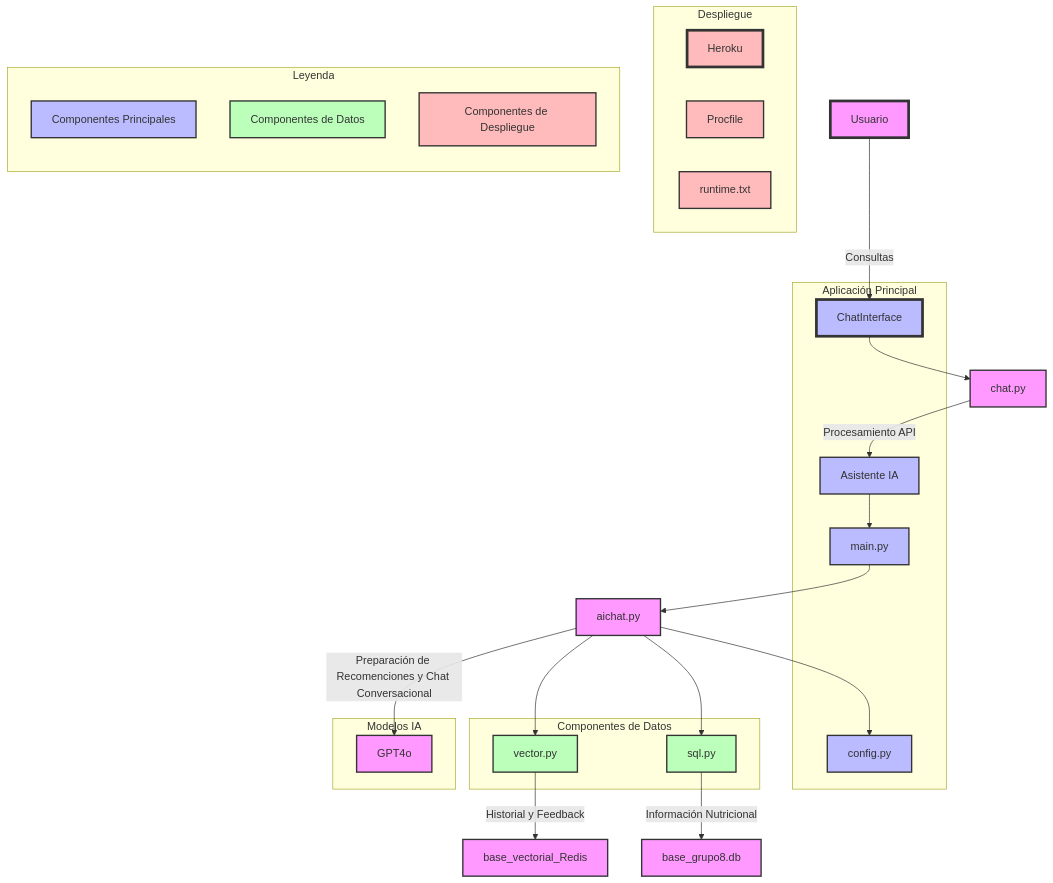
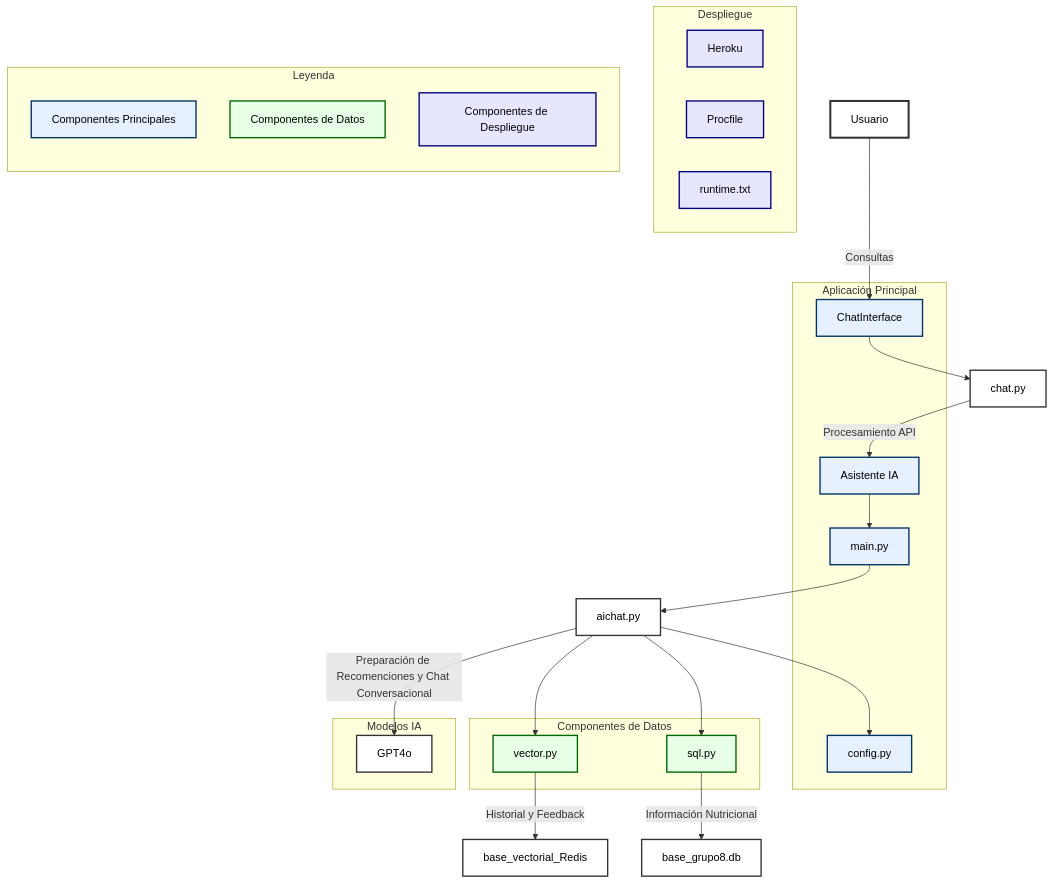
One commit to leorojascas/Grupo8 changed the diagram in architecture.md. Above: the diagram before and after it, drawn with Mermaid.

````diff
--- a/architecture.md
+++ b/architecture.md
@@ -1,69 +1,68 @@
 ```mermaid
 graph TD
     %% Nodes
     User[Usuario] -->|Consultas| ChatInterface
     ChatInterface --> ChatLogic[chat.py]
     ChatLogic[chat.py] -->|Procesamiento API| AIAssistant[Asistente IA]
     AIAssistant[Asistente IA] --> EntryPoint[main.py]
     EntryPoint[main.py] --> AILogic[aichat.py]
     AILogic[aichat.py] --> AppConfig[config.py]
     AILogic[aichat.py] --> VectorProcessor[vector.py]
     AILogic[aichat.py] --> SQLModule[sql.py]
     AILogic[aichat.py] -->|Preparación de Recomenciones y Chat Conversacional| OpenAI[GPT4o]
 
     %% Subgraphs
     subgraph Aplicación Principal
         ChatInterface
         AIAssistant
         EntryPoint[main.py]
         AppConfig[config.py]
     end
 
     subgraph Componentes de Datos
         SQLModule[sql.py]
         VectorProcessor[vector.py]
     end
 
     subgraph Modelos IA
         OpenAI[GPT4o]
     end
 
     %% Database Details
     SQLModule[sql.py] -->|Información Nutricional| Config[base_grupo8.db]
     VectorProcessor[vector.py] -->|Historial y Feedback| Confíg[base_vectorial_Redis]
 
 
     %% Deployment
     subgraph Despliegue
         Heroku[Heroku]
         Procfile[Procfile]
         Runtime[runtime.txt]
     end
 
     %% Styling
-    classDef default fill:#f9f,stroke:#333,stroke-width:2px
-    classDef primary fill:#bbf,stroke:#333,stroke-width:2px
-    classDef data fill:#bfb,stroke:#333,stroke-width:2px
-    classDef deployment fill:#fbb,stroke:#333,stroke-width:2px
+    classDef default fill:#ffffff,stroke:#333333,stroke-width:2px,color:#000000
+    classDef primary fill:#e6f0ff,stroke:#003366,stroke-width:2px,color:#000000
+    classDef data fill:#e6ffe6,stroke:#006600,stroke-width:2px,color:#000000
+    classDef deployment fill:#e6e6ff,stroke:#000080,stroke-width:2px,color:#000000
+    classDef model fill:#fff0e6,stroke:#cc6600,stroke-width:2px,color:#000000
 
     class User,ChatInterface,AIAssistant,EntryPoint,AppConfig primary
     class SQLModule,VectorProcessor data
     class Heroku,Procfile,Runtime deployment
 
     %% Legend
     subgraph Leyenda
         direction TB
         Primary[Componentes Principales]
         Data[Componentes de Datos]
         Deployment[Componentes de Despliegue]
     end
 
     class Primary primary
     class Data data
     class Deployment deployment
 
     %% Connections
-    style User fill:#f9f,stroke:#333,stroke-width:4px
-    style ChatInterface fill:#bbf,stroke:#333,stroke-width:4px
-    style Heroku fill:#fbb,stroke:#333,stroke-width:4px
+    style User fill:#ffffff,stroke:#333333,stroke-width:3px,color:#000000
 ```
````
